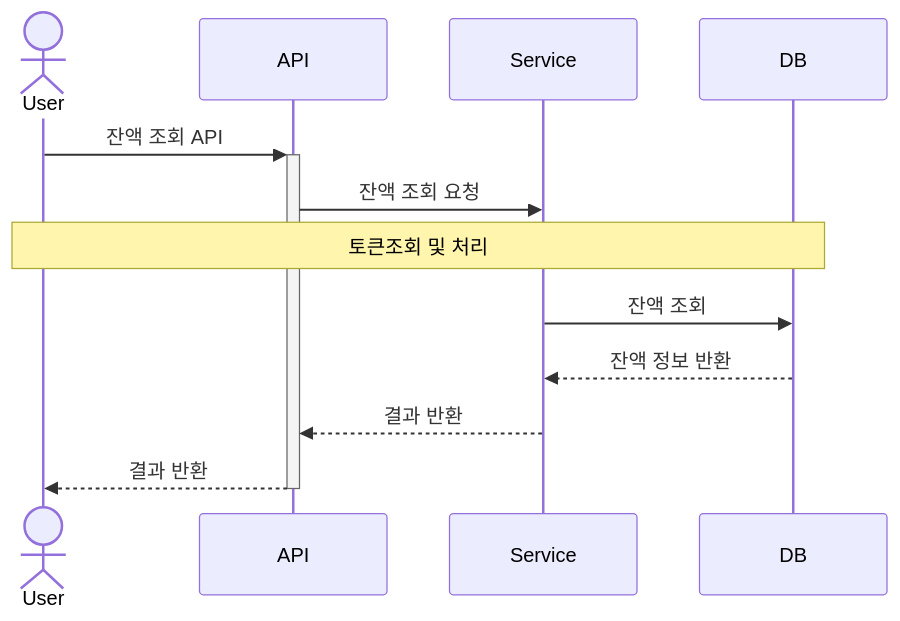
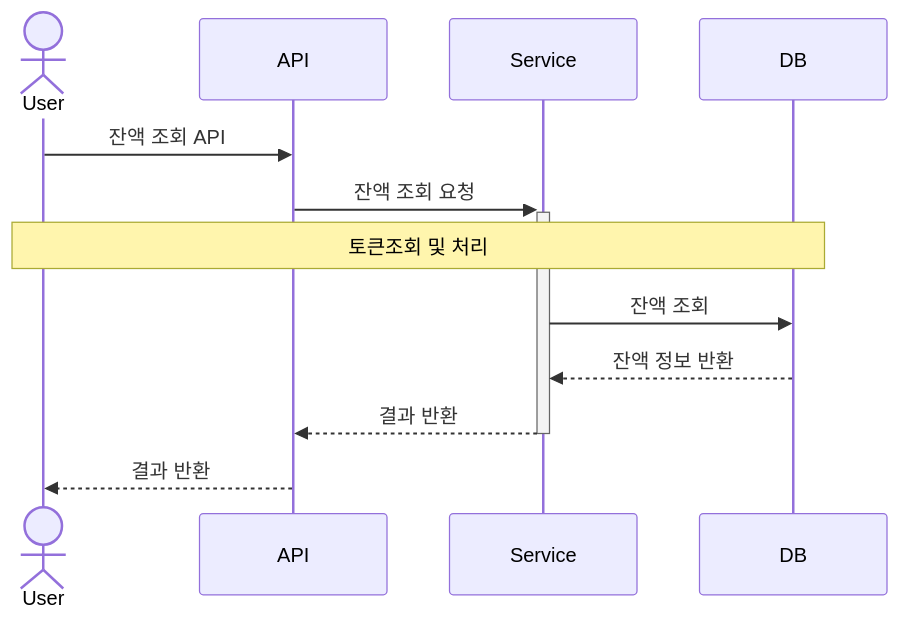
Before and after one commit to hyunn12/concert-reservation: the sixth of 7 diagrams in docs/SequenceDiagram.md, drawn with Mermaid. The commit also changed other lines of this file and 1 other file, not shown here.

Commit message:
refactor: 시퀀스 다이어그램 activation bar 위치 수정 [#3]

````diff
--- a/docs/SequenceDiagram.md
+++ b/docs/SequenceDiagram.md
@@ -104,14 +104,14 @@
 ```mermaid
 sequenceDiagram
     actor User
 
-    User->>+API: 잔액 조회 API
-    API->>Service: 잔액 조회 요청
+    User->>API: 잔액 조회 API
+    API->>+Service: 잔액 조회 요청
 
     Note over User, DB: 토큰조회 및 처리
     
     Service->>DB: 잔액 조회
     DB-->>Service: 잔액 정보 반환
-    Service-->>API: 결과 반환
-    API-->>-User: 결과 반환
+    Service-->>-API: 결과 반환
+    API-->>User: 결과 반환
 ```
````
